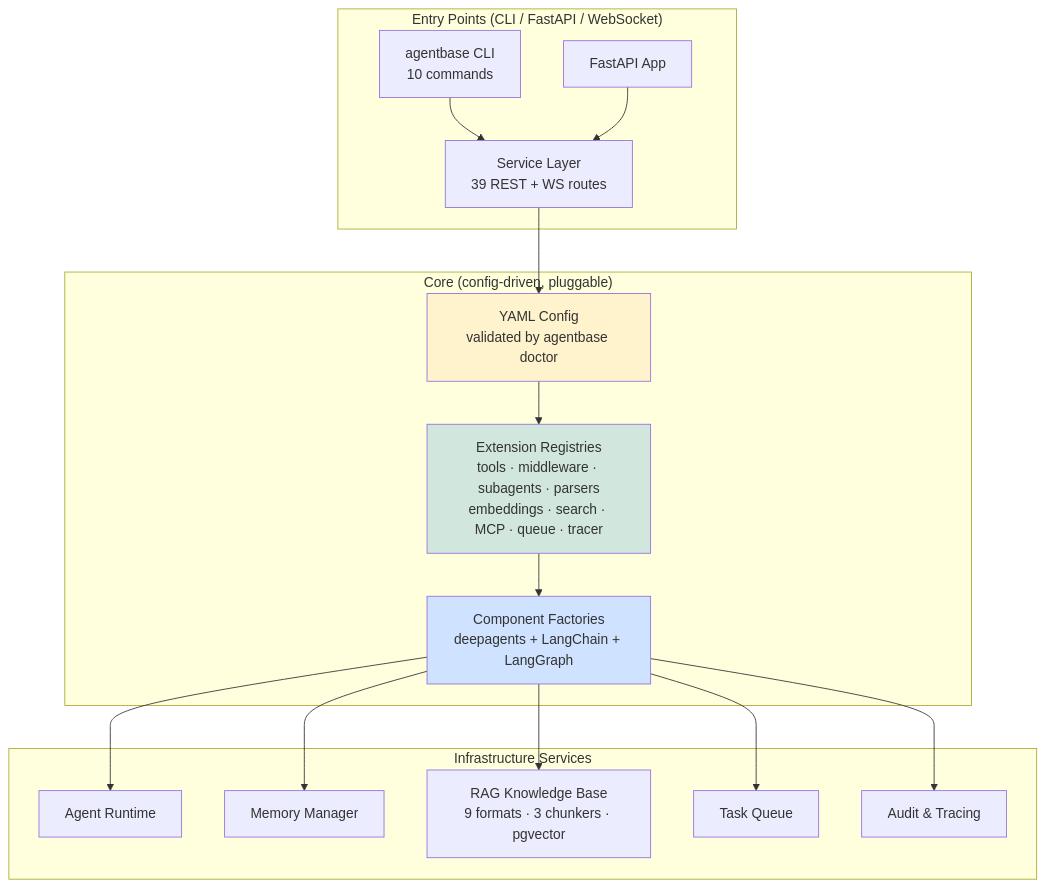
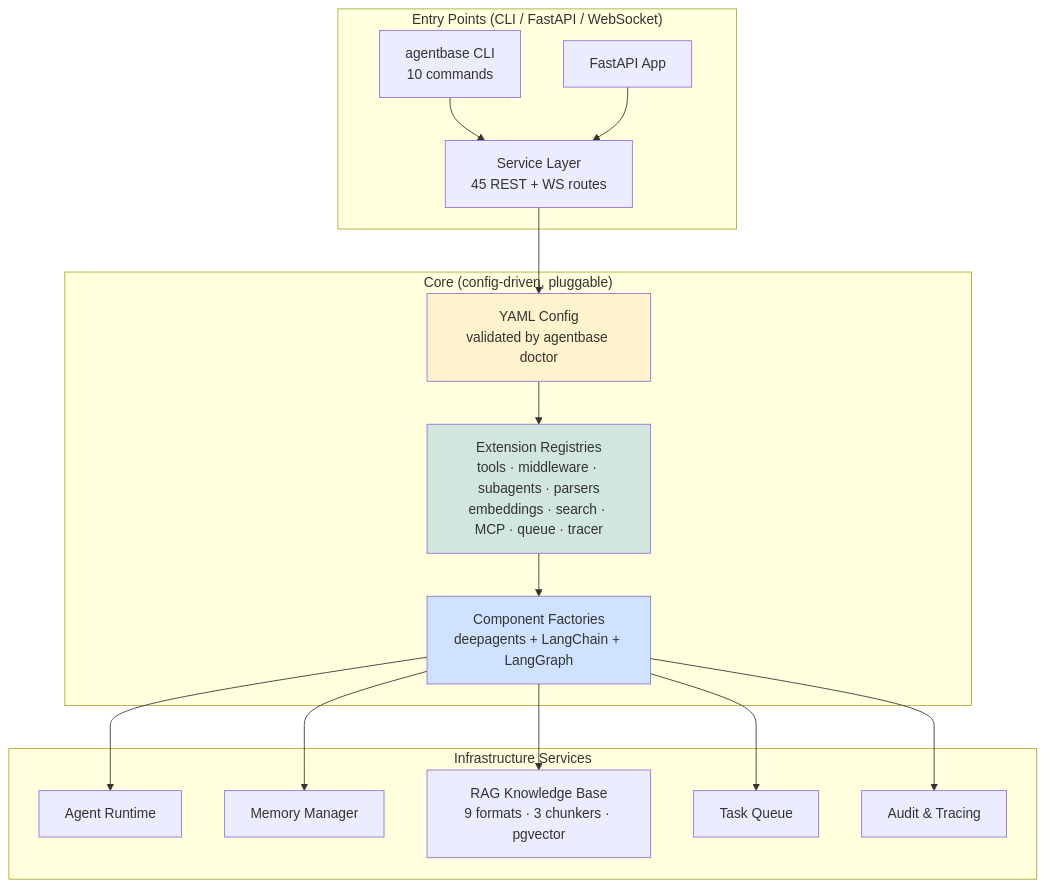
Before and after one commit to LPK3215/agentbase: the diagram in README.md, drawn with Mermaid. The commit also changed other lines of this file and 8 other files, not shown here.

````diff
--- a/README.md
+++ b/README.md
@@ -34,25 +34,25 @@
 ```mermaid
 graph TD
     subgraph "Entry Points (CLI / FastAPI / WebSocket)"
-        A[agentbase CLI<br/>10 commands] --> C[Service Layer<br/>39 REST + WS routes]
+        A[agentbase CLI<br/>10 commands] --> C[Service Layer<br/>45 REST + WS routes]
         B[FastAPI App] --> C
     end
 
     subgraph "Core (config-driven, pluggable)"
         C --> D[YAML Config<br/>validated by agentbase doctor]
         D --> E[Extension Registries<br/>tools · middleware · subagents · parsers<br/>embeddings · search · MCP · queue · tracer]
         E --> F[Component Factories<br/>deepagents + LangChain + LangGraph]
     end
 
     subgraph "Infrastructure Services"
         F --> G[Agent Runtime]
         F --> H[Memory Manager]
         F --> I[RAG Knowledge Base<br/>9 formats · 3 chunkers · pgvector]
         F --> J[Task Queue]
         F --> K[Audit & Tracing]
     end
 
     style D fill:#fff3cd
     style E fill:#d1e7dd
     style F fill:#cfe2ff
 ```
````
